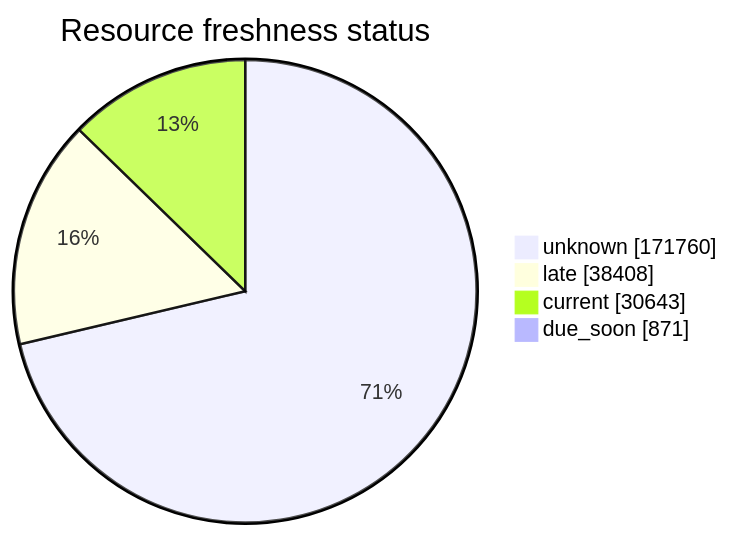
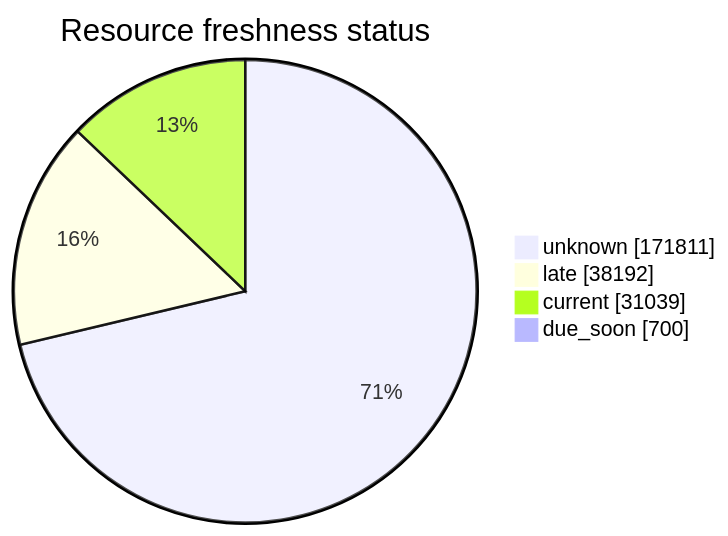
One commit to open-data/analytics-corporate-reporting changed the third of 5 diagrams in FreshCheck/README.md. Above: the diagram before and after it, drawn with Mermaid. The commit also changed other lines of this file and 3 other files, not shown here.

````diff
--- a/FreshCheck/README.md
+++ b/FreshCheck/README.md
@@ -77,7 +77,7 @@
 ```mermaid
 pie showData title Resource freshness status
-    "unknown": 171760
-    "late": 38408
-    "current": 30643
-    "due_soon": 871
+    "unknown": 171811
+    "late": 38192
+    "current": 31039
+    "due_soon": 700
 ```
````
